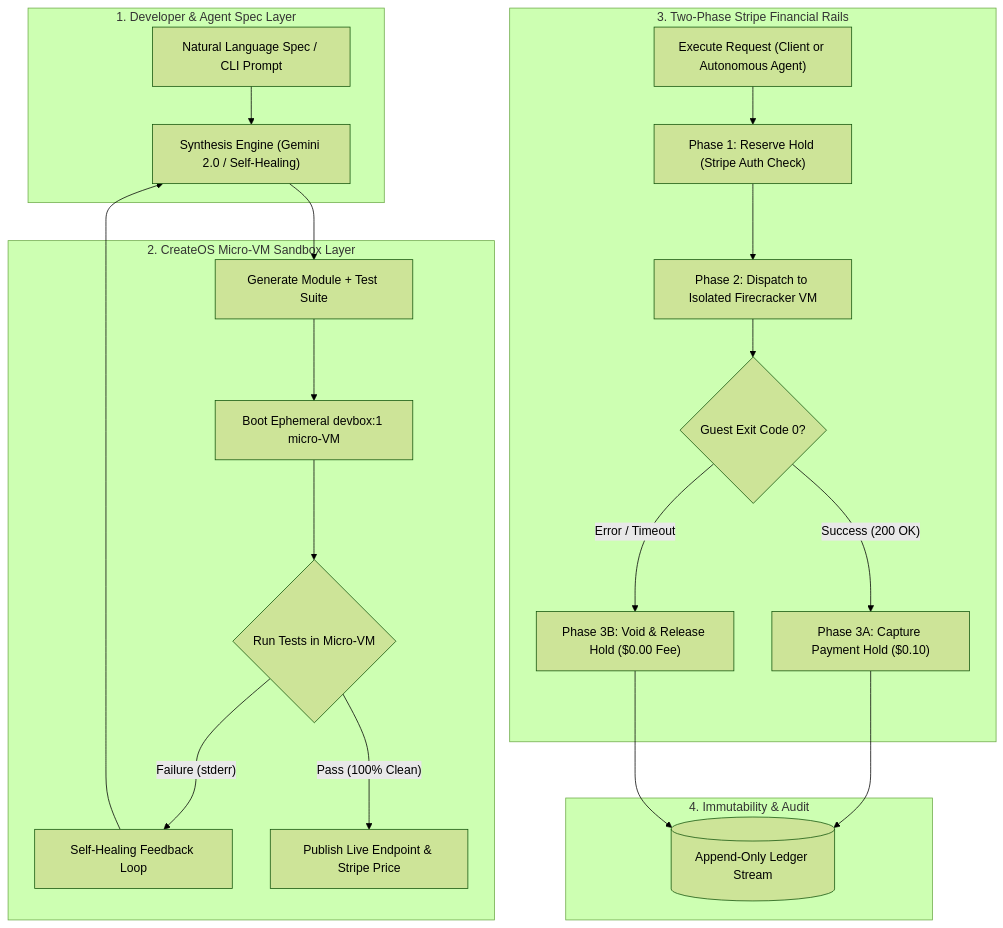
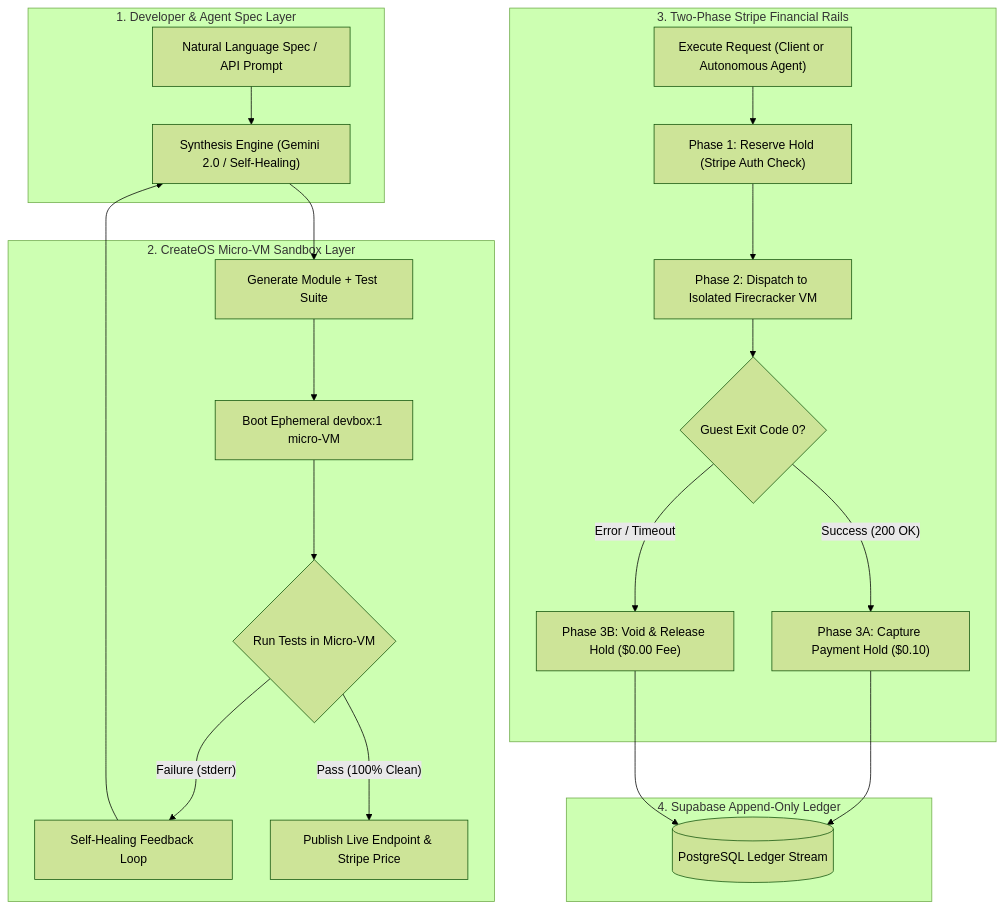
The diagram in README.md (southenempire/southen-microforge), drawn with Mermaid (forest theme) before and after one commit. The commit also changed other lines of this file and 5 other files, not shown here.

Commit message:
feat(supabase,readme): lock in Supabase PostgreSQL ledger sync, clean documentation into tier-1 developer platform, and eliminate all hackathon branding

````diff
--- a/README.md
+++ b/README.md
@@ -46,28 +36,28 @@
 ```mermaid
 flowchart TD
     subgraph Spec["1. Developer & Agent Spec Layer"]
-        A["Natural Language Spec / CLI Prompt"] --> B["Synthesis Engine (Gemini 2.0 / Self-Healing)"]
+        A["Natural Language Spec / API Prompt"] --> B["Synthesis Engine (Gemini 2.0 / Self-Healing)"]
     end
 
     subgraph Sandbox["2. CreateOS Micro-VM Sandbox Layer"]
         B --> C["Generate Module + Test Suite"]
         C --> D["Boot Ephemeral devbox:1 micro-VM"]
         D --> E{"Run Tests in Micro-VM"}
         E -- "Failure (stderr)" --> F["Self-Healing Feedback Loop"]
         F --> B
         E -- "Pass (100% Clean)" --> G["Publish Live Endpoint & Stripe Price"]
     end
 
     subgraph TwoPhase["3. Two-Phase Stripe Financial Rails"]
         H["Execute Request (Client or Autonomous Agent)"] --> I["Phase 1: Reserve Hold (Stripe Auth Check)"]
         I --> J["Phase 2: Dispatch to Isolated Firecracker VM"]
         J --> K{"Guest Exit Code 0?"}
         K -- "Success (200 OK)" --> L["Phase 3A: Capture Payment Hold ($0.10)"]
         K -- "Error / Timeout" --> M["Phase 3B: Void & Release Hold ($0.00 Fee)"]
     end
 
-    subgraph Ledger["4. Immutability & Audit"]
-        L --> N[("Append-Only Ledger Stream")]
+    subgraph Ledger["4. Supabase Append-Only Ledger"]
+        L --> N[("PostgreSQL Ledger Stream")]
         M --> N
     end
 ```
````
